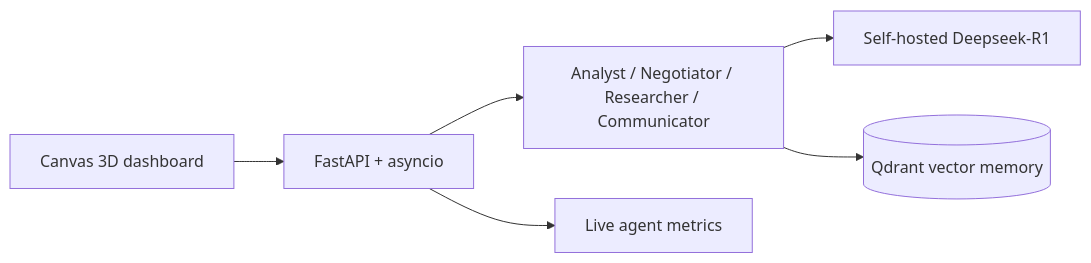
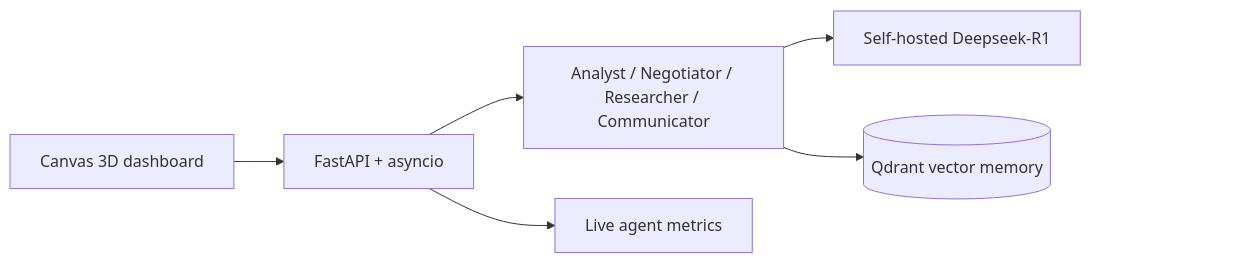
Before and after one commit to a-nayem/a-nayem: the second of 2 diagrams in README.md, drawn with Mermaid. The commit also changed other lines of this file, not shown here.

````diff
--- a/README.md
+++ b/README.md
@@ -178,8 +185,12 @@
 ```mermaid
 flowchart LR
     DASH["Canvas 3D dashboard"] --> API["FastAPI + asyncio"]
     API --> AGT["Analyst / Negotiator / Researcher / Communicator"]
     AGT --> LLM["Self-hosted Deepseek-R1"]
     AGT --> VDB[("Qdrant vector memory")]
     API --> MET["Live agent metrics"]
+    SP["#160;#160;#160;#160;#160;#160;#160;#160;#160;#160;#160;#160;"]
+    LLM ~~~ SP
+    VDB ~~~ SP
+    style SP fill:none,stroke:none
 ```
````
